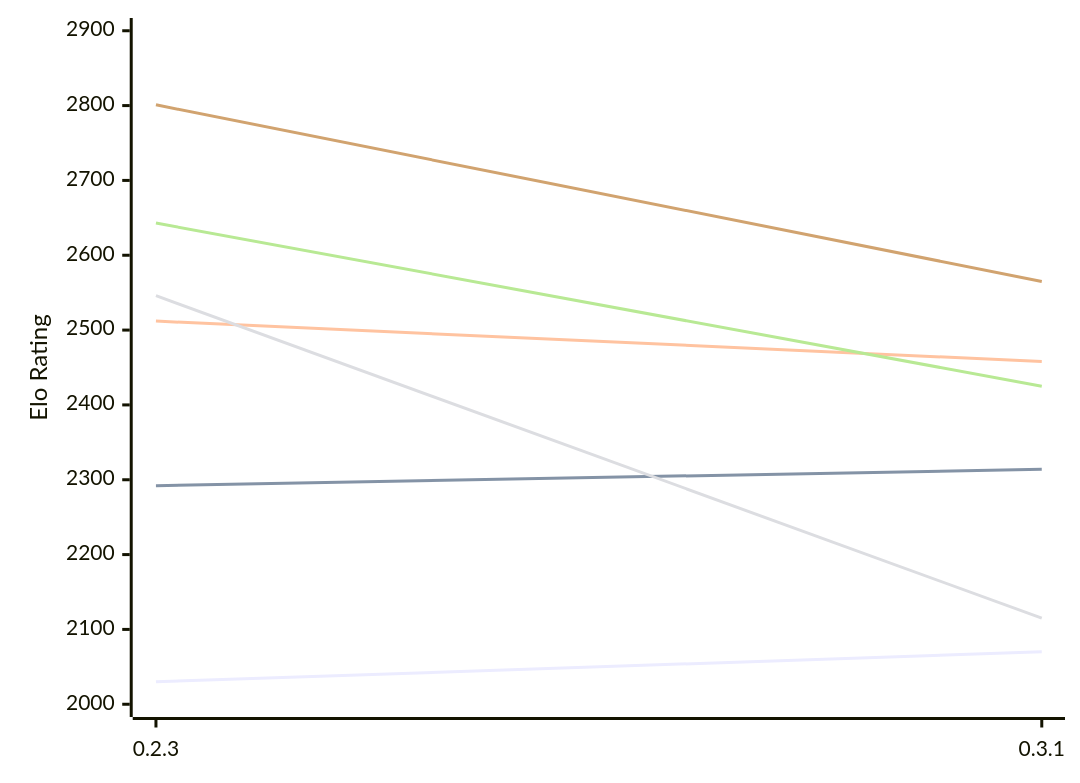
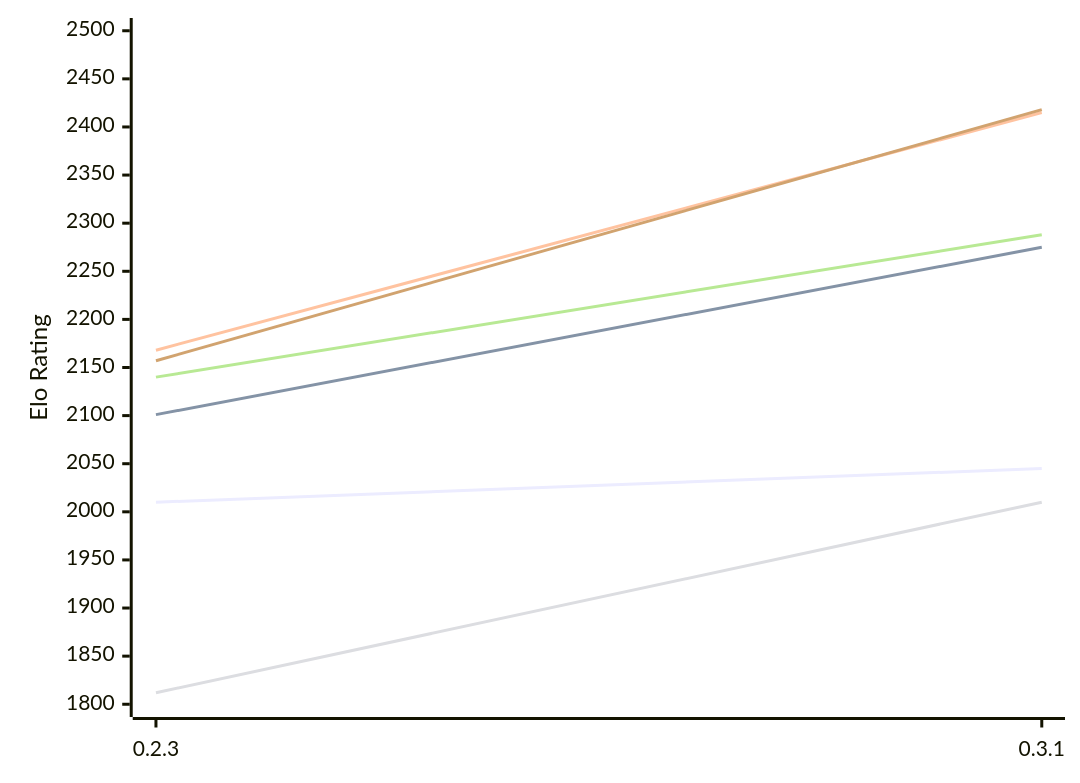
The first of 2 diagrams in engines/Lolbot.md (computer-chess-index/cci), drawn with Mermaid before and after one commit. The commit also changed other lines of this file, not shown here.

Commit message:
Update CCI Ratings (ELO VLTC) - 2026-11-13

````diff
--- a/engines/Lolbot.md
+++ b/engines/Lolbot.md
@@ -53,12 +53,12 @@
 ```mermaid
 %%{init: {"theme":"base","themeVariables":{"seriesColors:['#a3a3a3','#222221','#faa371']}}}%%
 xychart-beta
   x-axis ["0.2.3", "0.3.1"]
-  y-axis "Elo Rating" 2000 --> 2900
-  line "E1: STC (8.0+0.08s)" [2030, 2070]
-  line "E1: LTC (60.0+0.60s)" [2292, 2314]
-  line "E1: VLTC (2m24s+1.12s)" [2512, 2458]
-  line "P1: STC (8.0+0.08s)" [2546, 2115]
-  line "P1: LTC (60.0+0.60s)" [2643, 2425]
-  line "P1: VLTC (2m24s+1.12s)" [2801, 2565]
+  y-axis "Elo Rating" 1800 --> 2500
+  line "E1: STC (8.0+0.08s)" [2010, 2045]
+  line "E1: LTC (60.0+0.60s)" [2101, 2275]
+  line "E1: VLTC (2m24s+1.12s)" [2168, 2415]
+  line "P1: STC (8.0+0.08s)" [1812, 2010]
+  line "P1: LTC (60.0+0.60s)" [2140, 2288]
+  line "P1: VLTC (2m24s+1.12s)" [2157, 2418]
 ```
````
